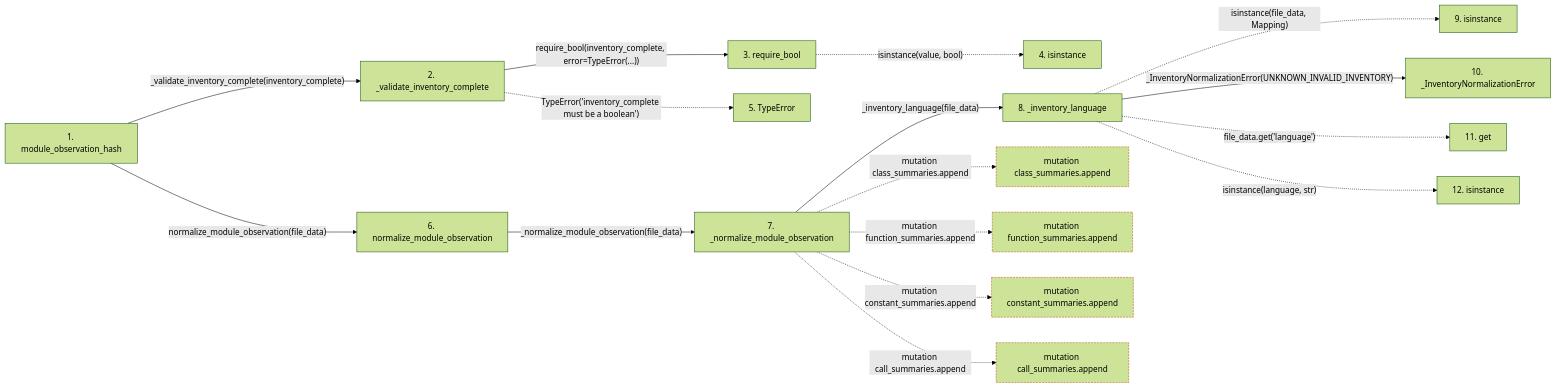
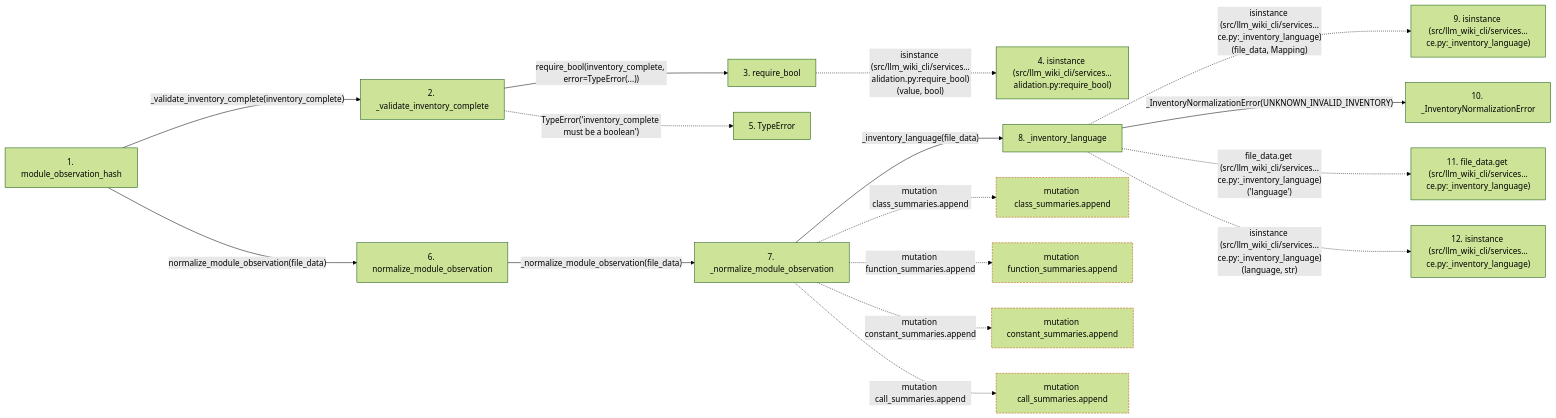
Before and after one commit to Denissvgn/python-wiki-llm: the second of 2 diagrams in docs/llm_wiki/flows/api-module_observation_hash.md, drawn with Mermaid (forest theme). The commit also changed other lines of this file and 719 other files, not shown here.

````diff
--- a/docs/llm_wiki/flows/api-module_observation_hash.md
+++ b/docs/llm_wiki/flows/api-module_observation_hash.md
@@ -66,46 +72,46 @@
 ```mermaid
 flowchart LR
     s1["1. module_observation_hash"]
     s2["2. _validate_inventory_complete"]
     s3["3. require_bool"]
-    s4["4. isinstance"]
+    s4["4. isinstance (src/llm_wiki_cli/services…alidation.py:require_bool)"]
     s5["5. TypeError"]
     s6["6. normalize_module_observation"]
     s7["7. _normalize_module_observation"]
     s8["8. _inventory_language"]
-    s9["9. isinstance"]
+    s9["9. isinstance (src/llm_wiki_cli/services…ce.py:_inventory_language)"]
     s10["10. _InventoryNormalizationError"]
-    s11["11. get"]
-    s12["12. isinstance"]
+    s11["11. file_data.get (src/llm_wiki_cli/services…ce.py:_inventory_language)"]
+    s12["12. isinstance (src/llm_wiki_cli/services…ce.py:_inventory_language)"]
     s1 -->|"_validate_inventory_complete(inventory_complete)"| s2
     s2 -->|"require_bool(inventory_complete, error=TypeError(...))"| s3
-    s3 -. "isinstance(value, bool)" .-> s4
+    s3 -. "isinstance (src/llm_wiki_cli/services…alidation.py:require_bool)(value, bool)" .-> s4
     s2 -. "TypeError('inventory_complete must be a boolean')" .-> s5
     s1 -->|"normalize_module_observation(file_data)"| s6
     s6 -->|"_normalize_module_observation(file_data)"| s7
     s7 -->|"_inventory_language(file_data)"| s8
-    s8 -. "isinstance(file_data, Mapping)" .-> s9
+    s8 -. "isinstance (src/llm_wiki_cli/services…ce.py:_inventory_language)(file_data, Mapping)" .-> s9
     s8 -->|"_InventoryNormalizationError(UNKNOWN_INVALID_INVENTORY)"| s10
-    s8 -. "file_data.get('language')" .-> s11
-    s8 -. "isinstance(language, str)" .-> s12
+    s8 -. "file_data.get (src/llm_wiki_cli/services…ce.py:_inventory_language)('language')" .-> s11
+    s8 -. "isinstance (src/llm_wiki_cli/services…ce.py:_inventory_language)(language, str)" .-> s12
     b0["mutation class_summaries.append"]
     s7 -. "mutation class_summaries.append" .-> b0
     b1["mutation function_summaries.append"]
     s7 -. "mutation function_summaries.append" .-> b1
     b2["mutation constant_summaries.append"]
     s7 -. "mutation constant_summaries.append" .-> b2
     b3["mutation call_summaries.append"]
     s7 -. "mutation call_summaries.append" .-> b3
     click s1 "../modules/knowledge_evidence.md"
     click s2 "../modules/knowledge_evidence.md"
     click s3 "../modules/validation.md"
     click s6 "../modules/knowledge_evidence.md"
     click s7 "../modules/knowledge_evidence.md"
     click s8 "../modules/knowledge_evidence.md"
     click s10 "../modules/knowledge_evidence.md"
     classDef boundary stroke:#b45309,stroke-dasharray: 4 2
     class b0 boundary
     class b1 boundary
     class b2 boundary
     class b3 boundary
 ```
````
